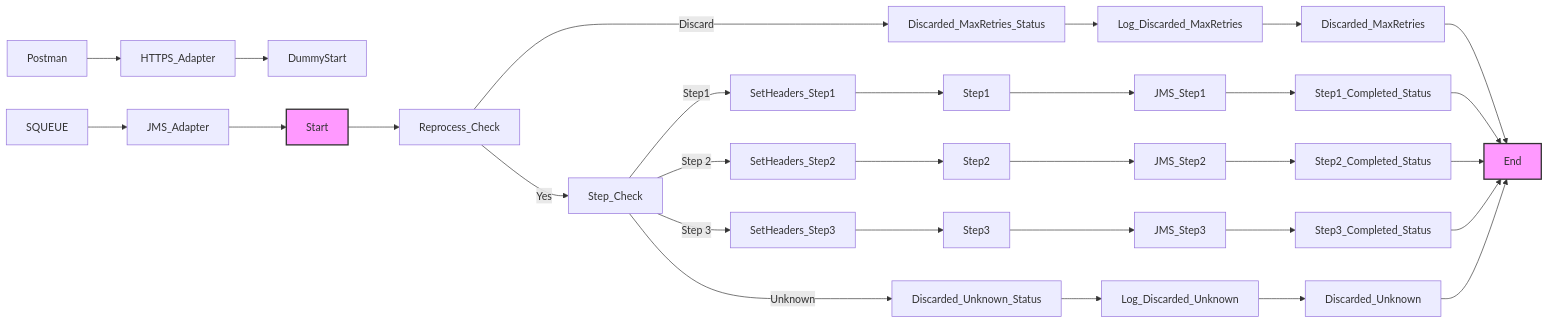
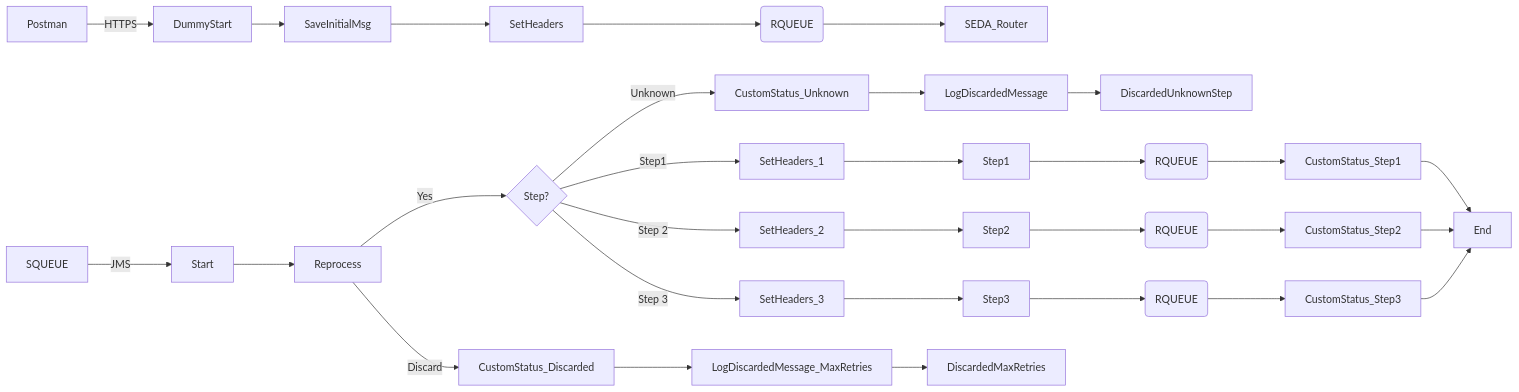
The diagram in MMZ - Cell Iflows/SEDA_Model_-_Single_Queue_-_Restart_and_Discard_MMZ-1.0.1/readme.md (Avvale-IA-CICD/AvvaleCPI), drawn with Mermaid before and after one commit. The commit also changed other lines of this file, not shown here.

Commit message:
Add/update documentation for SEDA_Model_-_Single_Queue_-_Restart_and_Discard_MMZ v1.0.1

````diff
--- a/MMZ - Cell Iflows/SEDA_Model_-_Single_Queue_-_Restart_and_Discard_MMZ-1.0.1/readme.md
+++ b/MMZ - Cell Iflows/SEDA_Model_-_Single_Queue_-_Restart_and_Discard_MMZ-1.0.1/readme.md
@@ -4,40 +5,40 @@
 ```mermaid
 graph LR
-    Postman --> HTTPS_Adapter --> DummyStart
-    SQUEUE --> JMS_Adapter --> Start
-    Start --> Reprocess_Check
-    Reprocess_Check -- Discard --> Discarded_MaxRetries_Status
-    Reprocess_Check -- Yes --> Step_Check
-    Step_Check -- Step1 --> SetHeaders_Step1
-    Step_Check -- Step 2 --> SetHeaders_Step2
-    Step_Check -- Step 3 --> SetHeaders_Step3
-    Step_Check -- Unknown --> Discarded_Unknown_Status
-    SetHeaders_Step1 --> Step1
-    SetHeaders_Step2 --> Step2
-    SetHeaders_Step3 --> Step3
+    Postman -- HTTPS --> DummyStart
+    DummyStart --> SaveInitialMsg
+    SaveInitialMsg --> SetHeaders
+    SetHeaders --> JMS_STEP0(RQUEUE)
+    JMS_STEP0(RQUEUE) --> SEDA_Router
 
-    Step1 --> JMS_Step1
-    Step2 --> JMS_Step2
-    Step3 --> JMS_Step3
+    SQUEUE -- JMS --> Start
+    Start --> Reprocess
+
+    Reprocess -- Yes --> Step_Check{Step?}
+    Reprocess -- Discard --> CustomStatus_Discarded
+
+    Step_Check -- Step1 --> SetHeaders_1
+    Step_Check -- Step 2 --> SetHeaders_2
+    Step_Check -- Step 3 --> SetHeaders_3
+    Step_Check -- Unknown --> CustomStatus_Unknown
+    CustomStatus_Unknown --> LogDiscardedMessage
+    LogDiscardedMessage --> DiscardedUnknownStep
+
+    SetHeaders_1 --> Step1
+    SetHeaders_2 --> Step2
+    SetHeaders_3 --> Step3
+
+    Step1 --> JMS_STEP1(RQUEUE)
+    Step2 --> JMS_STEP2(RQUEUE)
+    Step3 --> JMS_STEP3(RQUEUE)
+
+    JMS_STEP1(RQUEUE) --> CustomStatus_Step1
+    JMS_STEP2(RQUEUE) --> CustomStatus_Step2
+    JMS_STEP3(RQUEUE) --> CustomStatus_Step3
     
-    JMS_Step1 --> Step1_Completed_Status
-    JMS_Step2 --> Step2_Completed_Status
-    JMS_Step3 --> Step3_Completed_Status
+    CustomStatus_Step1 --> End
+    CustomStatus_Step2 --> End
+    CustomStatus_Step3 --> End
 
-    Step1_Completed_Status --> End
-    Step2_Completed_Status --> End
-    Step3_Completed_Status --> End
-
-    Discarded_MaxRetries_Status --> Log_Discarded_MaxRetries
-    Discarded_Unknown_Status --> Log_Discarded_Unknown
-
-    Log_Discarded_MaxRetries --> Discarded_MaxRetries
-    Log_Discarded_Unknown --> Discarded_Unknown
-
-    Discarded_MaxRetries --> End
-    Discarded_Unknown --> End
-
-    style Start fill:#f9f,stroke:#333,stroke-width:2px
-    style End fill:#f9f,stroke:#333,stroke-width:2px
-    
+    CustomStatus_Discarded --> LogDiscardedMessage_MaxRetries
+    LogDiscardedMessage_MaxRetries --> DiscardedMaxRetries
 ```
````
